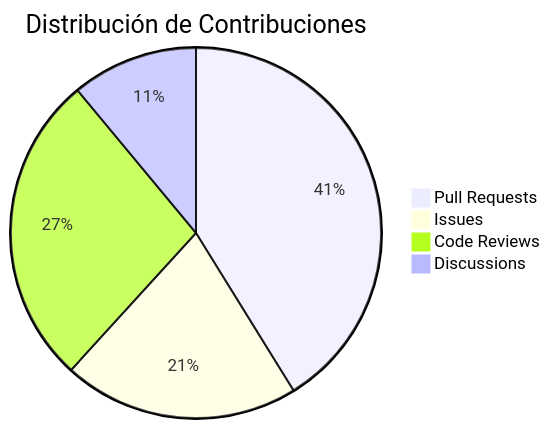
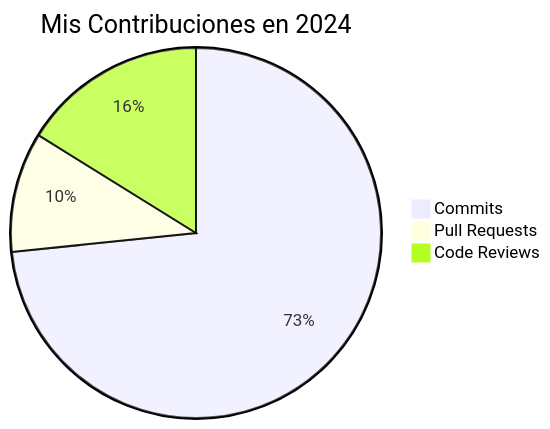
One commit to DamEspinola/DamEspinola changed the second of 2 diagrams in README.md. Above: the diagram before and after it, drawn with Mermaid. The commit also changed other lines of this file, not shown here.

````diff
--- a/README.md
+++ b/README.md
@@ -32,7 +32,6 @@
 ```mermaid
-pie title Distribución de Contribuciones
-    "Pull Requests" : 56
-    "Issues" : 28
+pie title Mis Contribuciones en 2024
+    "Commits" : 168
+    "Pull Requests" : 24
     "Code Reviews" : 37
-    "Discussions" : 15
 ```
````
